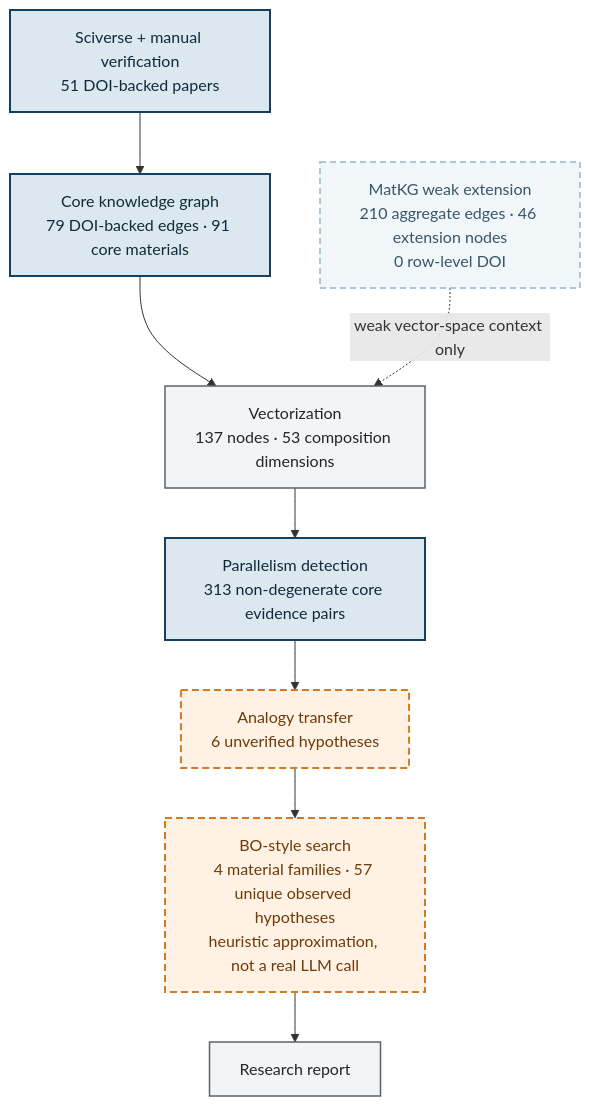
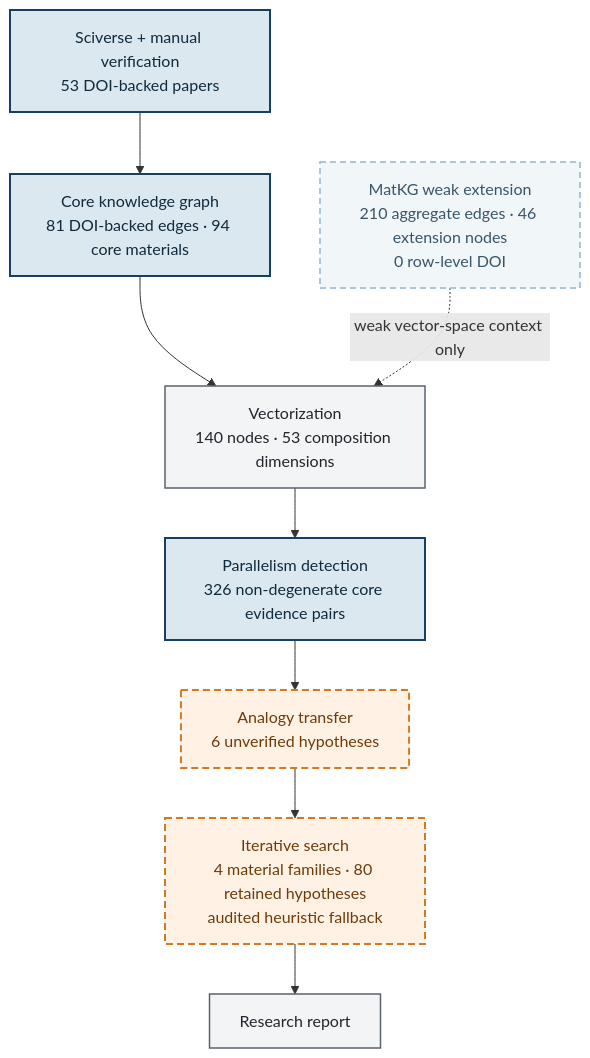
One commit to Dalaoyuan2020/goai-material-literature-agent changed the diagram in outputs/visualizations/01_pipeline_flow.md. Above: the diagram before and after it, drawn with Mermaid. The commit also changed 163 other files, not shown here.

First line of the commit message:
feat: complete iterative search, audited LLM ports, and full verification

````diff
--- a/outputs/visualizations/01_pipeline_flow.md
+++ b/outputs/visualizations/01_pipeline_flow.md
@@ -3,21 +3,21 @@
 ```mermaid
 flowchart TD
-    A["Sciverse + manual verification<br/>51 DOI-backed papers"]:::core
-    B["Core knowledge graph<br/>79 DOI-backed edges · 91 core materials"]:::core
+    A["Sciverse + manual verification<br/>53 DOI-backed papers"]:::core
+    B["Core knowledge graph<br/>81 DOI-backed edges · 94 core materials"]:::core
     C["MatKG weak extension<br/>210 aggregate edges · 46 extension nodes<br/>0 row-level DOI"]:::weak
-    D["Vectorization<br/>137 nodes · 53 composition dimensions"]:::method
-    E["Parallelism detection<br/>313 non-degenerate core evidence pairs"]:::core
+    D["Vectorization<br/>140 nodes · 53 composition dimensions"]:::method
+    E["Parallelism detection<br/>326 non-degenerate core evidence pairs"]:::core
     F["Analogy transfer<br/>6 unverified hypotheses"]:::hypothesis
-    G["BO-style search<br/>4 material families · 57 unique observed hypotheses<br/>heuristic approximation, not a real LLM call"]:::hypothesis
+    G["Iterative search<br/>4 material families · 80 retained hypotheses<br/>audited heuristic fallback"]:::hypothesis
     H["Research report"]:::method
 
     A --> B
     B --> D
     C -. "weak vector-space context only" .-> D
     D --> E --> F --> G --> H
 
     classDef core fill:#DCE8F0,stroke:#173F5F,stroke-width:2px,color:#102A3C;
     classDef weak fill:#F1F6F9,stroke:#A9C6DA,stroke-width:2px,stroke-dasharray:6 4,color:#38556A;
     classDef method fill:#F3F4F5,stroke:#59636D,stroke-width:1.5px,color:#20262D;
     classDef hypothesis fill:#FFF2E5,stroke:#D17A22,stroke-width:2px,stroke-dasharray:7 4,color:#6E3A08;
 ```
````
